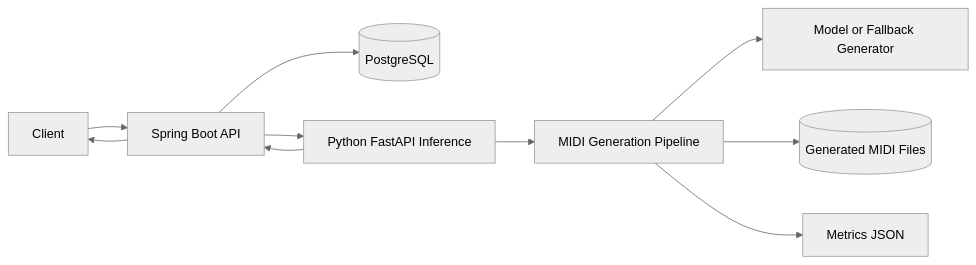
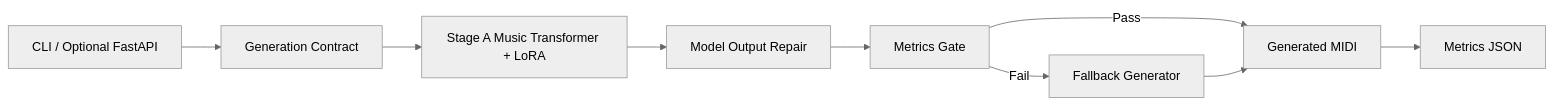
One commit to ohhalim/fine_tuning_art-tatum_midi_solo changed the diagram in docs/SYSTEM_ARCHITECTURE.md. Above: the diagram before and after it, drawn with Mermaid (neutral theme). The commit also changed other lines of this file and 14 other files, not shown here.

Commit message:
feat: repair model MIDI outputs before fallback

````diff
--- a/docs/SYSTEM_ARCHITECTURE.md
+++ b/docs/SYSTEM_ARCHITECTURE.md
@@ -19,12 +19,11 @@
 ```mermaid
 flowchart LR
-    C[Client] --> S[Spring Boot API]
-    S --> DB[(PostgreSQL)]
-    S --> P[Python FastAPI Inference]
-    P --> G[MIDI Generation Pipeline]
-    G --> M[Model or Fallback Generator]
-    G --> F[(Generated MIDI Files)]
-    G --> Q[Metrics JSON]
-    P --> S
-    S --> C
+    C["CLI / Optional FastAPI"] --> G["Generation Contract"]
+    G --> M["Stage A Music Transformer + LoRA"]
+    M --> R["Model Output Repair"]
+    R --> Q["Metrics Gate"]
+    Q -->|Pass| F["Generated MIDI"]
+    Q -->|Fail| B["Fallback Generator"]
+    B --> F
+    F --> J["Metrics JSON"]
 ```
````
